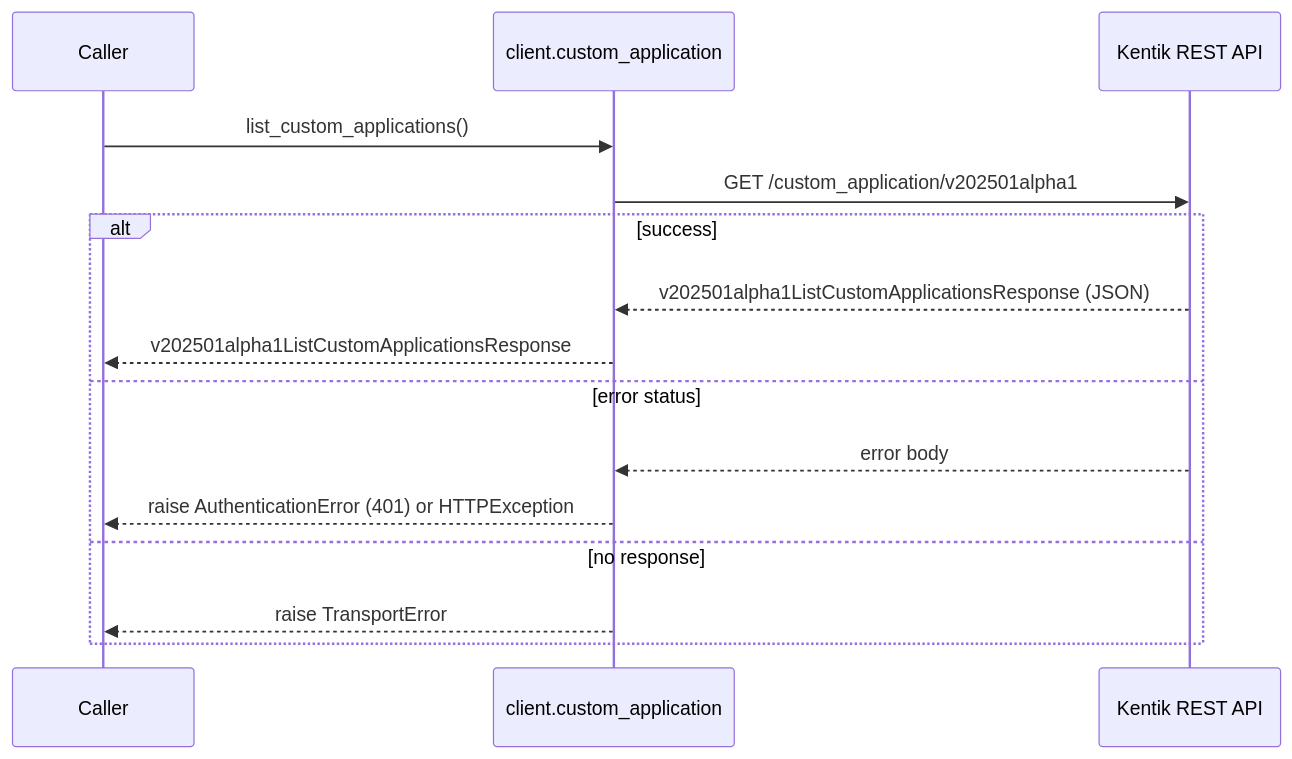
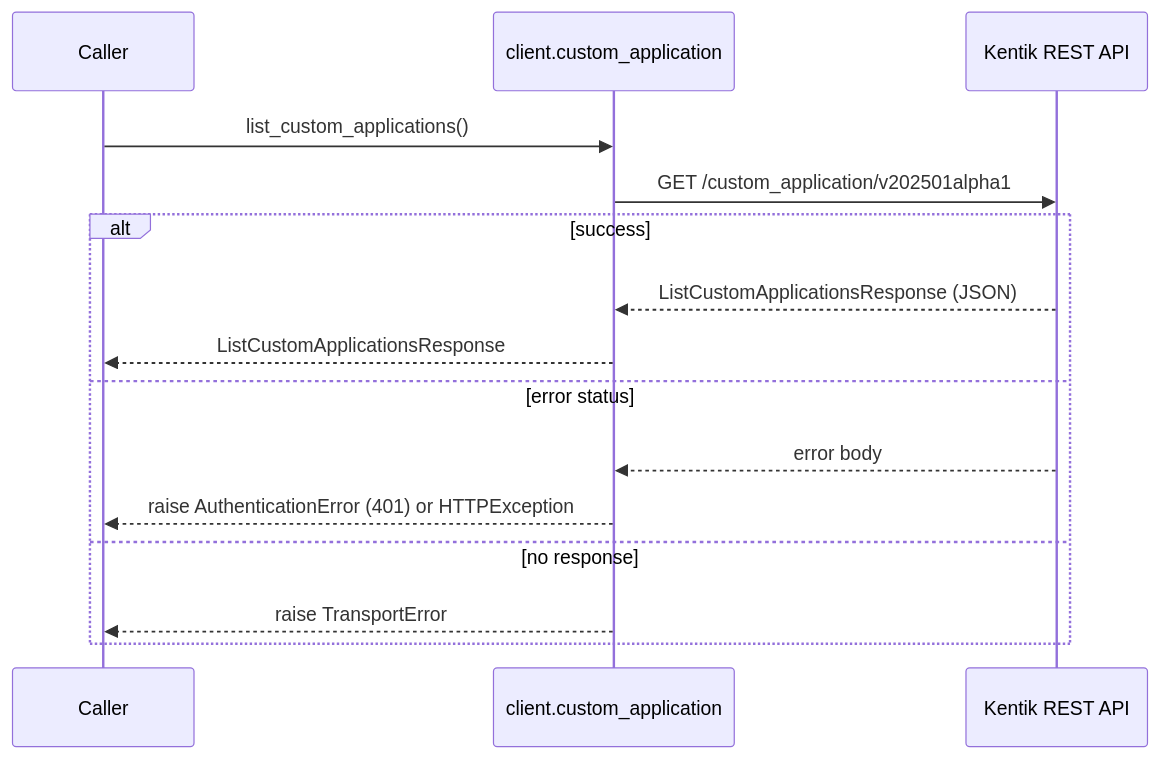
One commit to alexdearaujo/community_sdk_python changed the second of 12 diagrams in docs/sphinx/services/custom_application.md. Above: the diagram before and after it, drawn with Mermaid. The commit also changed other lines of this file and 38 other files, not shown here.

````diff
--- a/docs/sphinx/services/custom_application.md
+++ b/docs/sphinx/services/custom_application.md
@@ -38,18 +38,18 @@
 ```mermaid
 sequenceDiagram
     participant C as Caller
     participant W as client.custom_application
     participant API as Kentik REST API
 
     C->>W: list_custom_applications()
     W->>API: GET /custom_application/v202501alpha1
     alt success
-        API-->>W: v202501alpha1ListCustomApplicationsResponse (JSON)
-        W-->>C: v202501alpha1ListCustomApplicationsResponse
+        API-->>W: ListCustomApplicationsResponse (JSON)
+        W-->>C: ListCustomApplicationsResponse
     else error status
         API-->>W: error body
         W-->>C: raise AuthenticationError (401) or HTTPException
     else no response
         W-->>C: raise TransportError
     end
 ```
````
